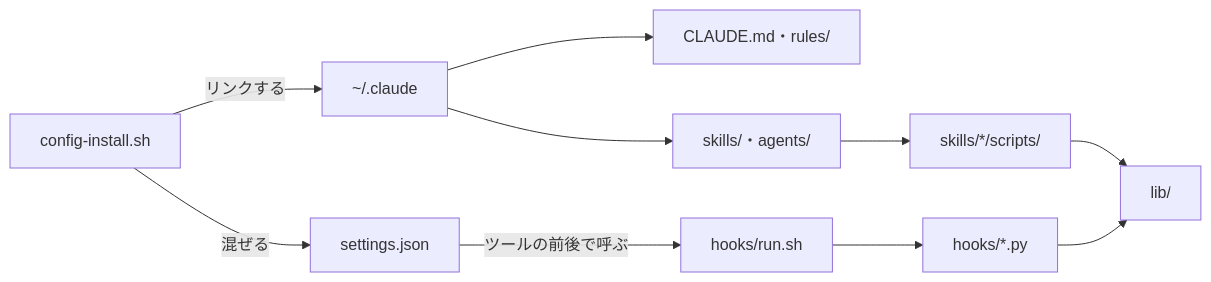
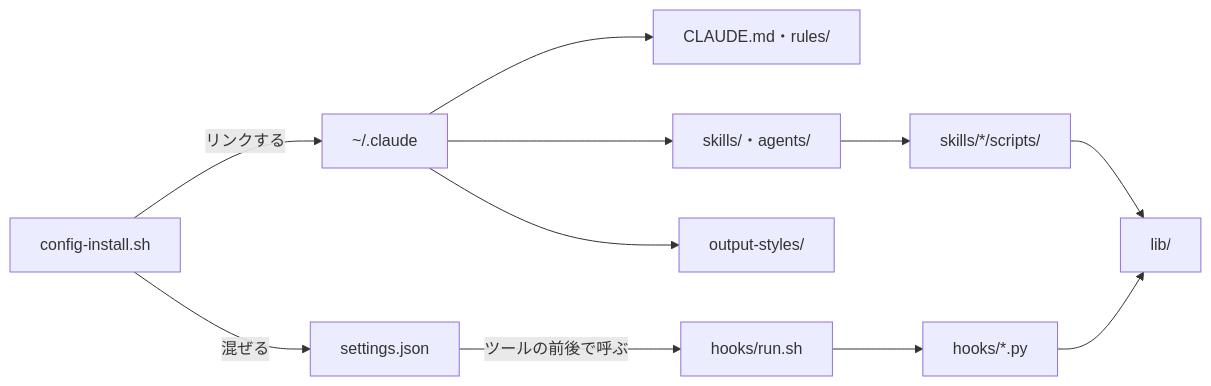
Before and after one commit to yossibank/claude-config: the first of 3 diagrams in README.md, drawn with Mermaid. The commit also changed other lines of this file and 11 other files, not shown here.

````diff
--- a/README.md
+++ b/README.md
@@ -27,12 +28,13 @@
 ```mermaid
 flowchart LR
     install["config-install.sh"] -->|リンクする| home["~/.claude"]
     install -->|混ぜる| settings["settings.json"]
     home --> rules["CLAUDE.md・rules/"]
     home --> skills["skills/・agents/"]
+    home --> styles["output-styles/"]
     settings -->|ツールの前後で呼ぶ| run["hooks/run.sh"]
     run --> hooks["hooks/*.py"]
     skills --> scripts["skills/*/scripts/"]
     hooks --> lib["lib/"]
     scripts --> lib
 ```
````
